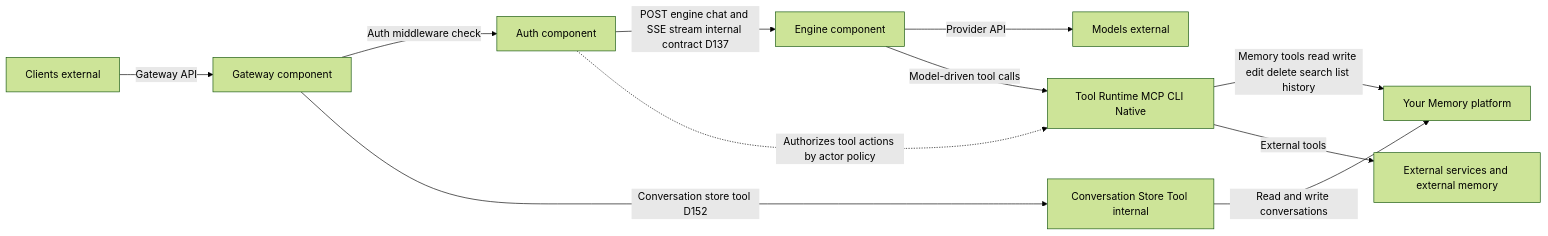
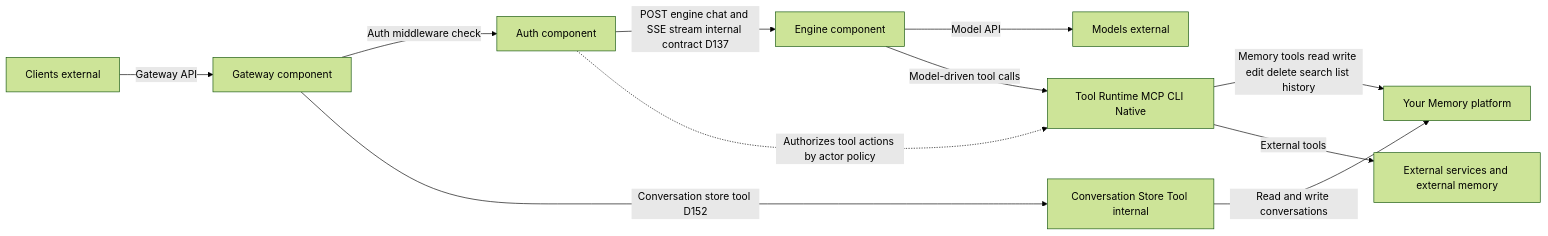
The first of 2 diagrams in docs/foundation-spec.md (Personal-AI-Architecture/the-architecture), drawn with Mermaid (forest theme) before and after one commit. The commit also changed other lines of this file and 30 other files, not shown here.

First line of the commit message:
Vocabulary: Provider API → Model API

````diff
--- a/docs/foundation-spec.md
+++ b/docs/foundation-spec.md
@@ -36,16 +36,16 @@
 ```mermaid
 flowchart LR
     C[Clients external] -->|Gateway API| G[Gateway component]
     G -->|Auth middleware check| A[Auth component]
     A -->|POST engine chat and SSE stream internal contract D137| E[Engine component]
-    E -->|Provider API| M[Models external]
+    E -->|Model API| M[Models external]
 
     G -->|Conversation store tool D152| CST[Conversation Store Tool internal]
     CST -->|Read and write conversations| YM[Your Memory platform]
 
     E -->|Model-driven tool calls| TR[Tool Runtime MCP CLI Native]
     TR -->|Memory tools read write edit delete search list history| YM
     TR -->|External tools| EX[External services and external memory]
 
     A -.->|Authorizes tool actions by actor policy| TR
 ```
````
